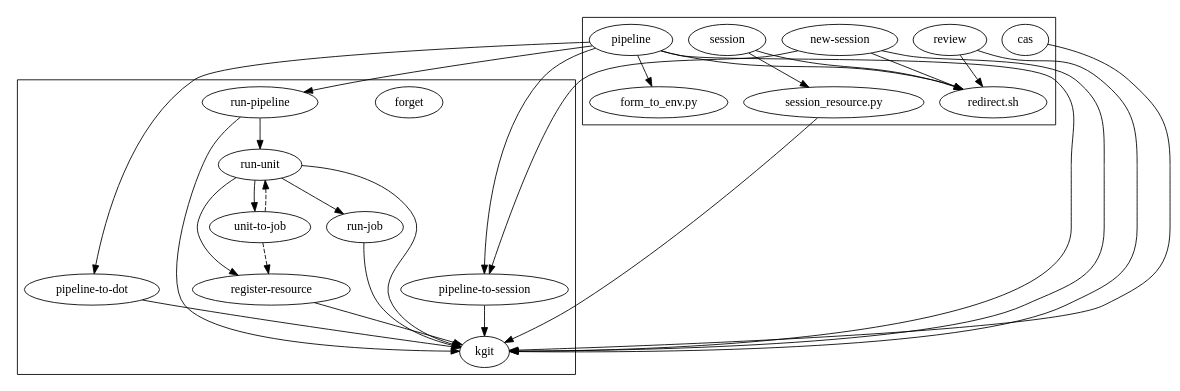
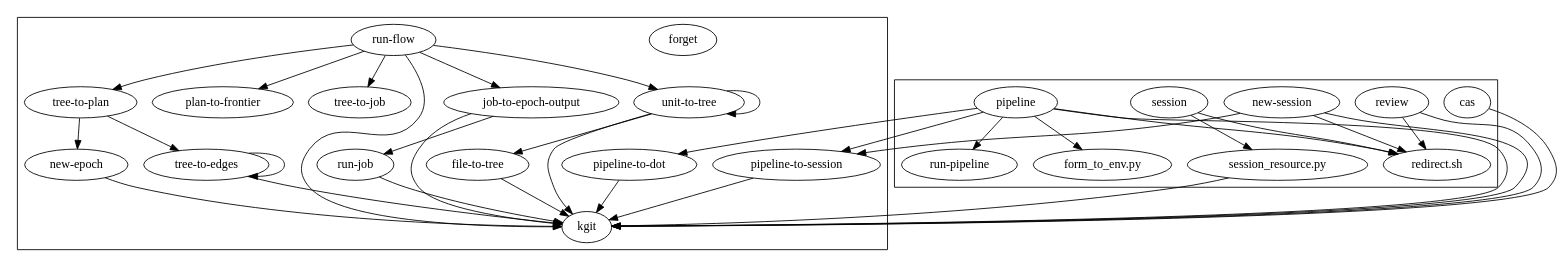
The diagram in commands.dot (rob-sokolowski/knit), drawn with Graphviz before and after one commit. The commit also changed 26 other files, not shown here.

```diff
--- a/commands.dot
+++ b/commands.dot
@@ -1,23 +1,26 @@
 // gvpr -c 'N[$.name=="kgit"]{delete(root, $)}' commands.dot | dot -Tx11
 
 digraph G {
     subgraph cluster_root {
         forget;
         "pipeline-to-dot" -> kgit;
         "pipeline-to-session" -> kgit;
-        "register-resource" -> kgit;
+        "new-epoch" -> kgit;
+        "file-to-tree" -> kgit;
         "run-job" -> kgit;
-        "run-pipeline" -> { "run-unit" kgit };
-        "run-unit" -> { "register-resource" kgit "unit-to-job" "run-job"};
-        "unit-to-job" -> { "register-resource" "run-unit" } [style=dashed];
+        "job-to-epoch-output" -> { kgit "run-job" };
+        "unit-to-tree" -> { "unit-to-tree" "file-to-tree" kgit };
+        "tree-to-edges" -> { kgit "tree-to-edges" };
+        "tree-to-plan" -> { "tree-to-edges" "new-epoch" };
+        "run-flow" -> { "unit-to-tree" kgit "tree-to-plan" "plan-to-frontier" "tree-to-job" "job-to-epoch-output" };
     }
 
     subgraph cluster_cgibin {
         cas -> kgit;
         "new-session" -> { kgit "pipeline-to-session" "redirect.sh" };
         pipeline -> { kgit "pipeline-to-session" "form_to_env.py" "run-pipeline" "redirect.sh" "pipeline-to-dot" };
         review -> { "redirect.sh" kgit };
         session -> { "redirect.sh" "session_resource.py" };
         "session_resource.py" -> kgit;
     }
 }
```
